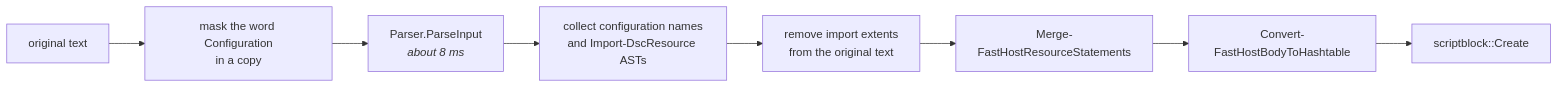
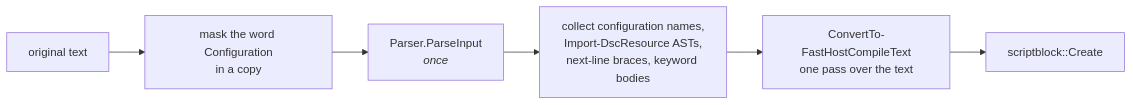
The sixth of 7 diagrams in docs/Architecture.md (Microsoft365DSC/PSDesiredStateConfiguration), drawn with Mermaid before and after one commit. The commit also changed other lines of this file and 14 other files, not shown here.

Commit message:
Improve FastHost compilation performance, allow MOF files, reduce module discovery

````diff
--- a/docs/Architecture.md
+++ b/docs/Architecture.md
@@ -323,10 +324,8 @@
 ```mermaid
 flowchart LR
     src["original text"] --> mask["mask the word Configuration<br/>in a copy"]
-    mask --> parse["Parser.ParseInput<br/><i>about 8 ms</i>"]
-    parse --> collect["collect configuration names<br/>and Import-DscResource ASTs"]
-    collect --> strip["remove import extents<br/>from the original text"]
-    strip --> merge["Merge-FastHostResourceStatements"]
-    merge --> hash["Convert-FastHostBodyToHashtable"]
-    hash --> sb["scriptblock::Create"]
+    mask --> parse["Parser.ParseInput<br/><i>once</i>"]
+    parse --> collect["collect configuration names,<br/>Import-DscResource ASTs,<br/>next-line braces, keyword bodies"]
+    collect --> apply["ConvertTo-FastHostCompileText<br/>one pass over the text"]
+    apply --> sb["scriptblock::Create"]
 ```
````
